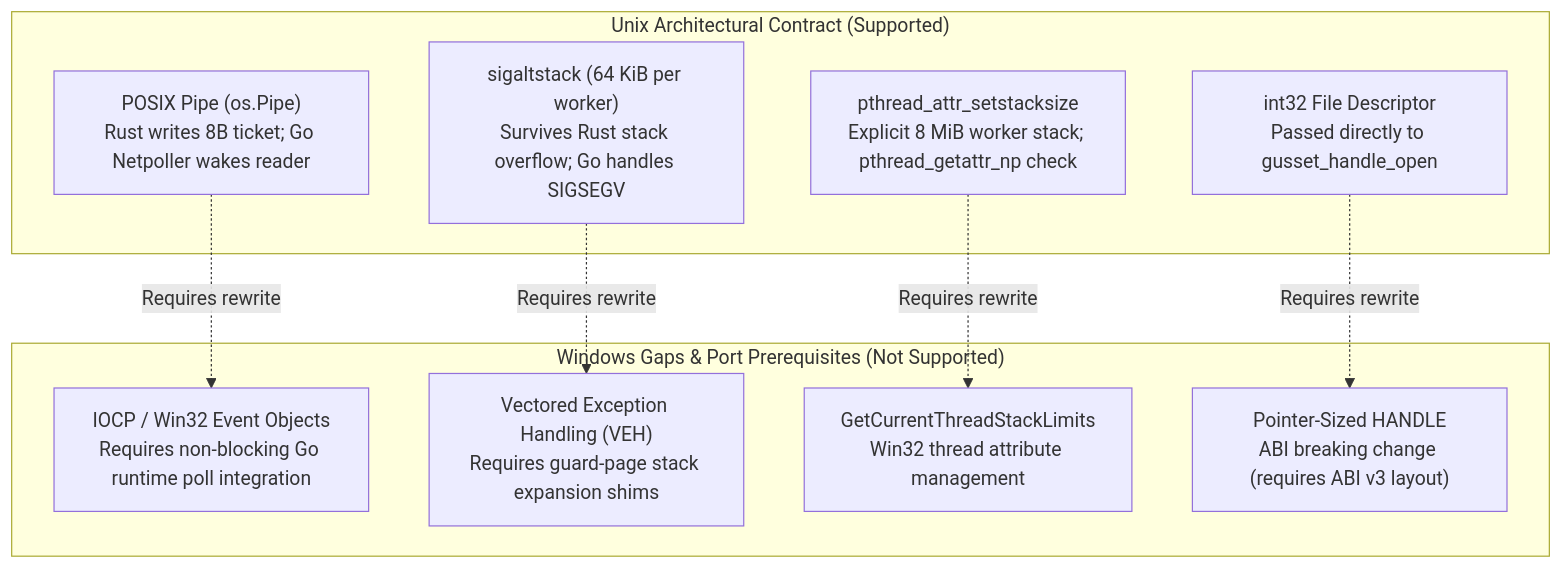
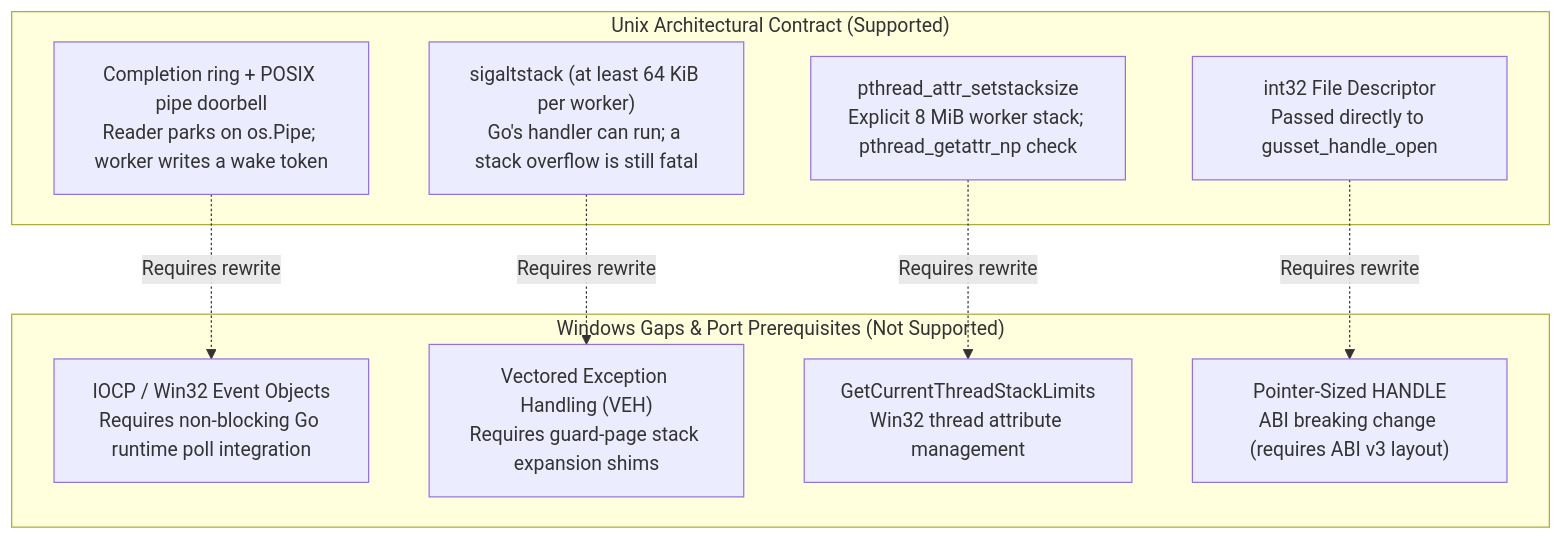
One commit to bharathvbcr/gusset changed the second of 2 diagrams in docs/platforms.md. Above: the diagram before and after it, drawn with Mermaid. The commit also changed other lines of this file and 9 other files, not shown here.

First line of the commit message:
docs: describe the completion ring and the 17-export ABI protecting I4 and I6

````diff
--- a/docs/platforms.md
+++ b/docs/platforms.md
@@ -76,21 +76,21 @@
 ```mermaid
 flowchart TD
     subgraph UnixContract ["Unix Architectural Contract (Supported)"]
-        UPipe["POSIX Pipe (os.Pipe)\nRust writes 8B ticket; Go Netpoller wakes reader"]
-        USig["sigaltstack (64 KiB per worker)\nSurvives Rust stack overflow; Go handles SIGSEGV"]
+        UPipe["Completion ring + POSIX pipe doorbell\nReader parks on os.Pipe; worker writes a wake token"]
+        USig["sigaltstack (at least 64 KiB per worker)\nGo's handler can run; a stack overflow is still fatal"]
         UStack["pthread_attr_setstacksize\nExplicit 8 MiB worker stack; pthread_getattr_np check"]
         UFd["int32 File Descriptor\nPassed directly to gusset_handle_open"]
     end
 
     subgraph WindowsGaps ["Windows Gaps & Port Prerequisites (Not Supported)"]
         WPipe["IOCP / Win32 Event Objects\nRequires non-blocking Go runtime poll integration"]
         WSig["Vectored Exception Handling (VEH)\nRequires guard-page stack expansion shims"]
         WStack["GetCurrentThreadStackLimits\nWin32 thread attribute management"]
         WFd["Pointer-Sized HANDLE\nABI breaking change (requires ABI v3 layout)"]
     end
 
     UPipe -. "Requires rewrite" .-> WPipe
     USig -. "Requires rewrite" .-> WSig
     UStack -. "Requires rewrite" .-> WStack
     UFd -. "Requires rewrite" .-> WFd
 ```
````
